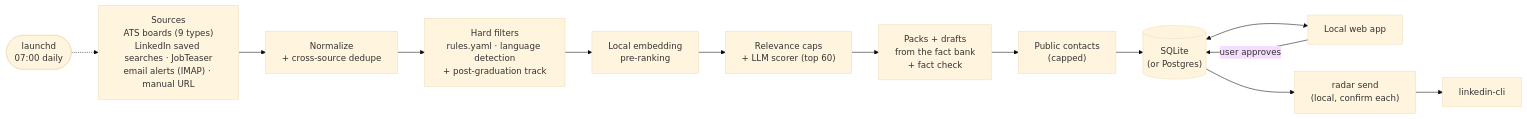
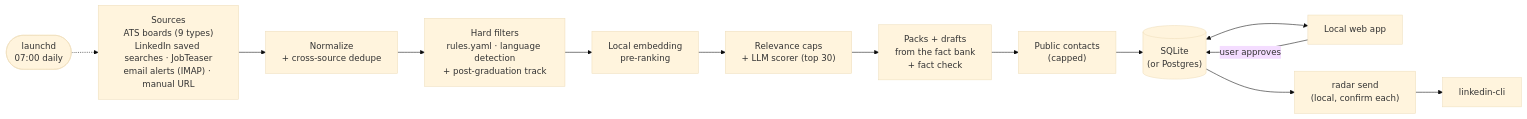
Before and after one commit to DanieleGiovanardi2408/speculor: the diagram in README.md, drawn with Mermaid (base theme). The commit also changed other lines of this file and 10 other files, not shown here.

First line of the commit message:
feat(llm): fact check and contact search on gpt-oss-20b, 120b only for drafting; score the top 30 a day

````diff
--- a/README.md
+++ b/README.md
@@ -37,16 +37,16 @@
 ```mermaid
 flowchart LR
     LD(["launchd<br/>07:00 daily"]) -.-> S
     S["Sources<br/>ATS boards (9 types)<br/>LinkedIn saved searches · JobTeaser<br/>email alerts (IMAP) · manual URL"] --> N["Normalize<br/>+ cross-source dedupe"]
     N --> F["Hard filters<br/>rules.yaml · language detection<br/>+ post-graduation track"]
     F --> E["Local embedding<br/>pre-ranking"]
-    E --> L["Relevance caps<br/>+ LLM scorer (top 60)"]
+    E --> L["Relevance caps<br/>+ LLM scorer (top 30)"]
     L --> P["Packs + drafts<br/>from the fact bank<br/>+ fact check"]
     P --> C["Public contacts<br/>(capped)"]
     C --> DB
     DB[("SQLite<br/>(or Postgres)")]
     DB <--> W["Local web app"]
     W -->|"user approves"| DB
     DB --> SEND["radar send<br/>(local, confirm each)"]
     SEND --> LI["linkedin-cli"]
 ```
````
